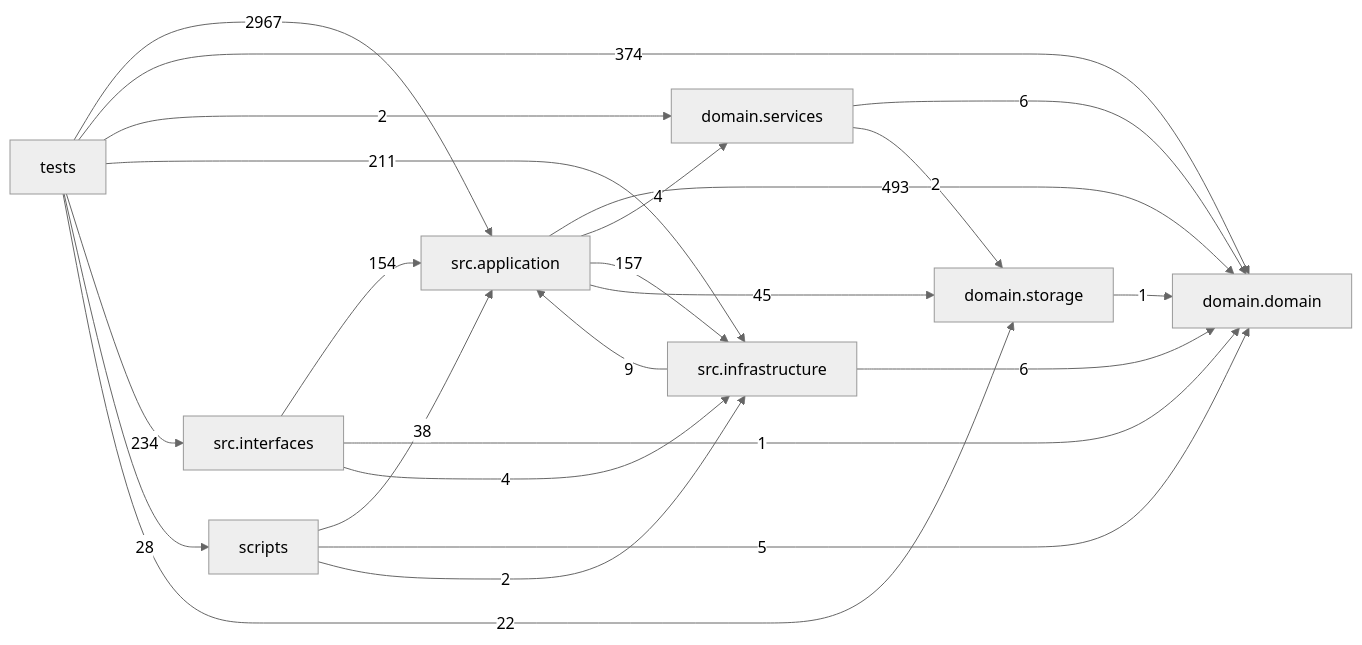
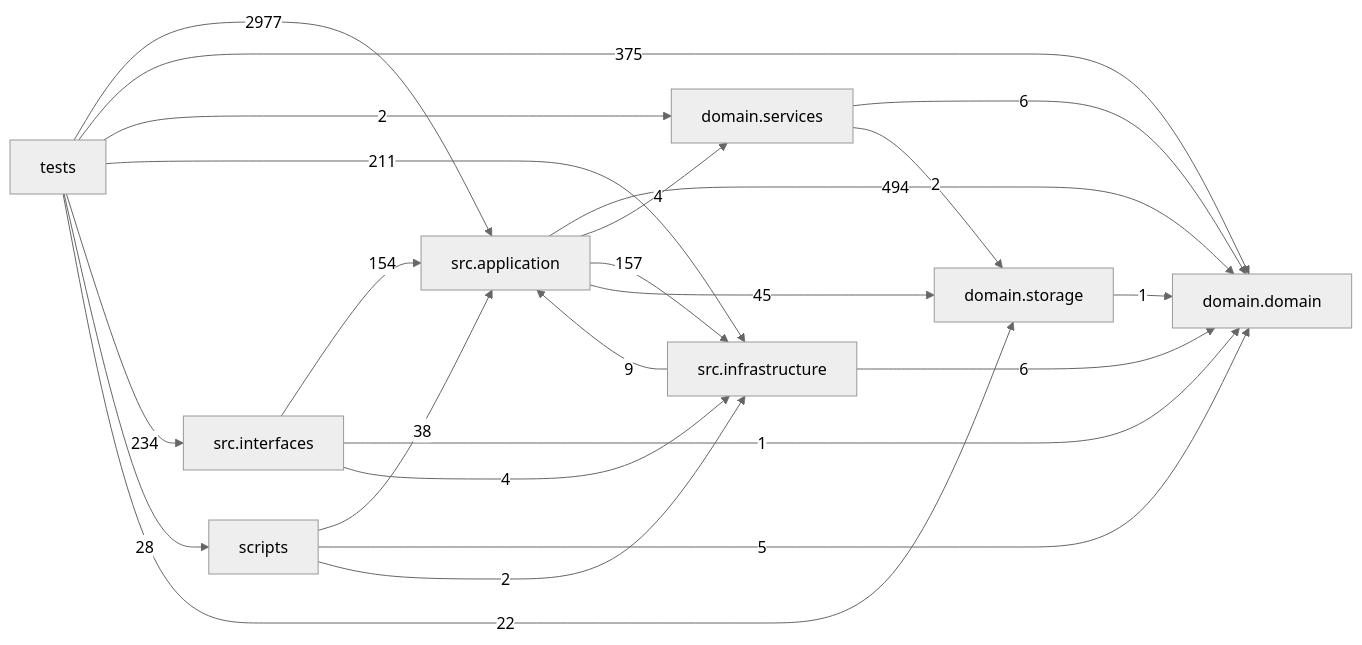
One commit to liuxie066/options-monitor changed the diagram in docs/DEPENDENCY_GRAPH.md. Above: the diagram before and after it, drawn with Mermaid (neutral theme). The commit also changed other lines of this file and 24 other files, not shown here.

````diff
--- a/docs/DEPENDENCY_GRAPH.md
+++ b/docs/DEPENDENCY_GRAPH.md
@@ -24,33 +24,33 @@
 ```mermaid
 flowchart LR
   tests["tests"]
   scripts["scripts"]
   interfaces["src.interfaces"]
   application["src.application"]
   infrastructure["src.infrastructure"]
   domain_services["domain.services"]
   domain["domain.domain"]
   storage["domain.storage"]
-  application -->|493| domain
+  application -->|494| domain
   application -->|4| domain_services
   application -->|157| infrastructure
   application -->|45| storage
   domain_services -->|6| domain
   domain_services -->|2| storage
   infrastructure -->|9| application
   infrastructure -->|6| domain
   interfaces -->|154| application
   interfaces -->|1| domain
   interfaces -->|4| infrastructure
   scripts -->|38| application
   scripts -->|5| domain
   scripts -->|2| infrastructure
   storage -->|1| domain
-  tests -->|2967| application
-  tests -->|374| domain
+  tests -->|2977| application
+  tests -->|375| domain
   tests -->|2| domain_services
   tests -->|211| infrastructure
   tests -->|234| interfaces
   tests -->|28| scripts
   tests -->|22| storage
 ```
````
